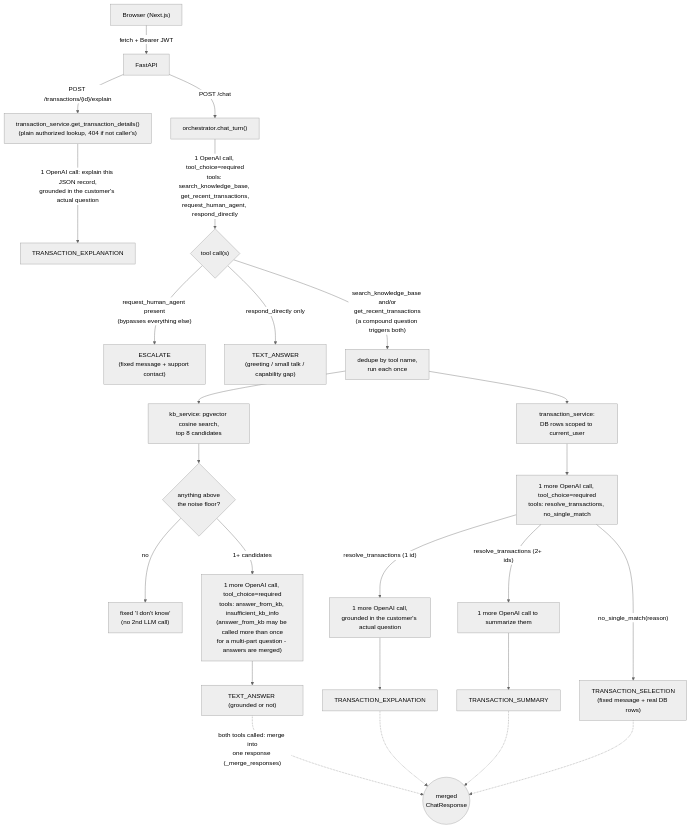
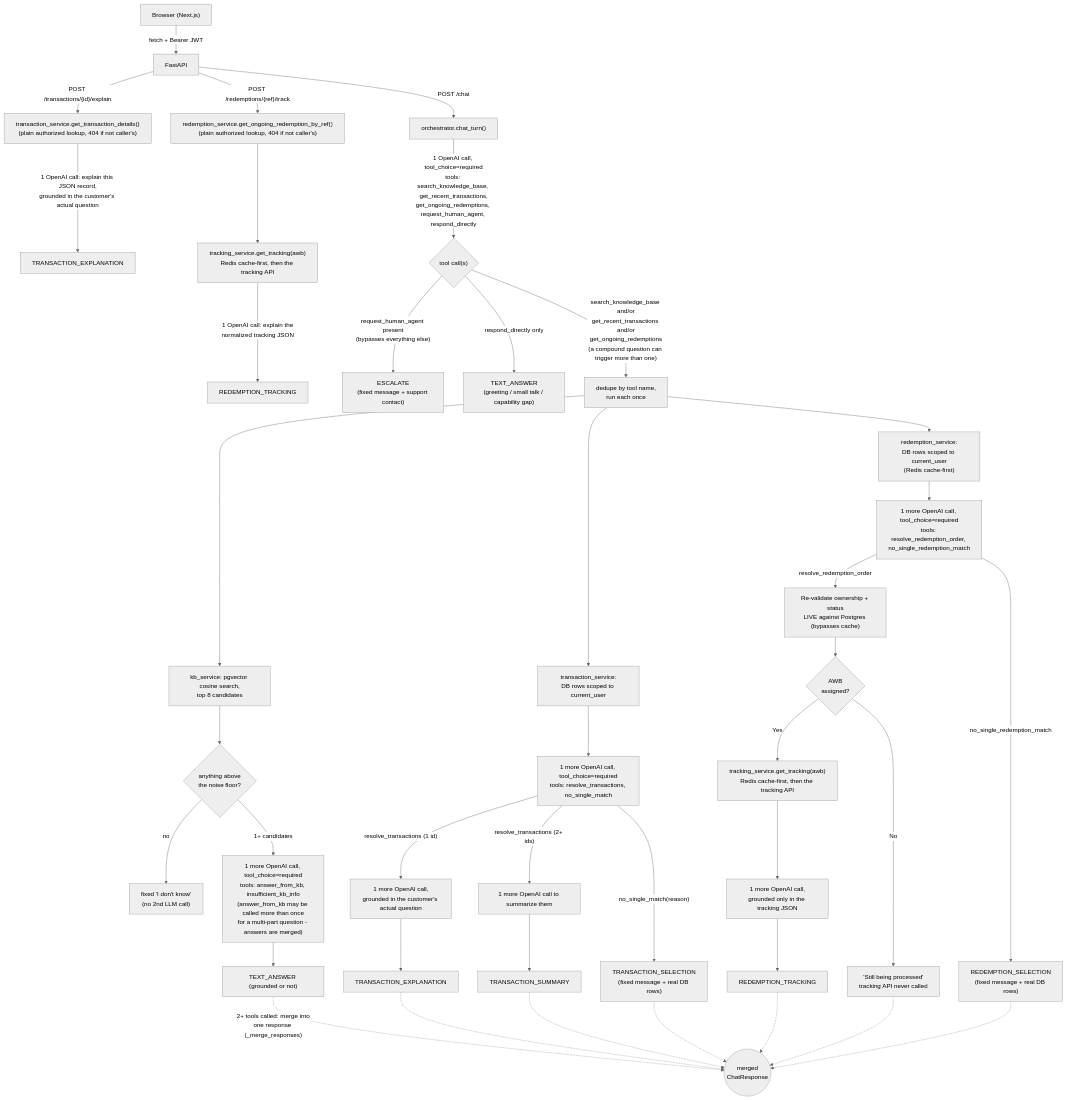
Before and after one commit to esakkiraja100116/ai-support-assistant: the diagram in README.md, drawn with Mermaid (neutral theme). The commit also changed other lines of this file and 3 other files, not shown here.

````diff
--- a/README.md
+++ b/README.md
@@ -46,33 +50,49 @@
 ```mermaid
 flowchart TD
     Browser["Browser (Next.js)"] -->|"fetch + Bearer JWT"| FastAPI
 
     FastAPI -->|"POST /chat"| ChatTurn["orchestrator.chat_turn()"]
     FastAPI -->|"POST /transactions/{id}/explain"| GetTxn["transaction_service.get_transaction_details()<br/>(plain authorized lookup, 404 if not caller's)"]
     GetTxn -->|"1 OpenAI call: explain this JSON record,<br/>grounded in the customer's actual question"| TxnExplainDirect["TRANSACTION_EXPLANATION"]
+    FastAPI -->|"POST /redemptions/{ref}/track"| GetOrder["redemption_service.get_ongoing_redemption_by_ref()<br/>(plain authorized lookup, 404 if not caller's)"]
+    GetOrder --> TrackDirect["tracking_service.get_tracking(awb)<br/>Redis cache-first, then the tracking API"]
+    TrackDirect -->|"1 OpenAI call: explain the<br/>normalized tracking JSON"| RedemptionExplainDirect["REDEMPTION_TRACKING"]
 
-    ChatTurn -->|"1 OpenAI call, tool_choice=required<br/>tools: search_knowledge_base, get_recent_transactions,<br/>request_human_agent, respond_directly"| Route{"tool call(s)"}
+    ChatTurn -->|"1 OpenAI call, tool_choice=required<br/>tools: search_knowledge_base, get_recent_transactions,<br/>get_ongoing_redemptions, request_human_agent, respond_directly"| Route{"tool call(s)"}
 
     Route -->|"request_human_agent present<br/>(bypasses everything else)"| Escalate["ESCALATE<br/>(fixed message + support contact)"]
     Route -->|"respond_directly only"| SmallTalk["TEXT_ANSWER<br/>(greeting / small talk / capability gap)"]
-    Route -->|"search_knowledge_base and/or<br/>get_recent_transactions<br/>(a compound question triggers both)"| Dispatch["dedupe by tool name,<br/>run each once"]
+    Route -->|"search_knowledge_base and/or<br/>get_recent_transactions and/or<br/>get_ongoing_redemptions<br/>(a compound question can trigger more than one)"| Dispatch["dedupe by tool name,<br/>run each once"]
 
     Dispatch --> KbSearch["kb_service: pgvector cosine search,<br/>top 8 candidates"]
     KbSearch --> KbFloor{"anything above<br/>the noise floor?"}
     KbFloor -->|"no"| NoInfo["fixed 'I don't know'<br/>(no 2nd LLM call)"]
     KbFloor -->|"1+ candidates"| KbJudge["1 more OpenAI call, tool_choice=required<br/>tools: answer_from_kb, insufficient_kb_info<br/>(answer_from_kb may be called more than once<br/>for a multi-part question - answers are merged)"]
     KbJudge --> KbResult["TEXT_ANSWER (grounded or not)"]
 
     Dispatch --> GetRecent["transaction_service:<br/>DB rows scoped to current_user"]
     GetRecent --> Resolve["1 more OpenAI call, tool_choice=required<br/>tools: resolve_transactions, no_single_match"]
     Resolve -->|"resolve_transactions (1 id)"| ExplainOne["1 more OpenAI call,<br/>grounded in the customer's actual question"]
     ExplainOne --> TxnExplain["TRANSACTION_EXPLANATION"]
     Resolve -->|"resolve_transactions (2+ ids)"| ExplainMany["1 more OpenAI call to summarize them"]
     ExplainMany --> TxnSummary["TRANSACTION_SUMMARY"]
     Resolve -->|"no_single_match(reason)"| Selection["TRANSACTION_SELECTION<br/>(fixed message + real DB rows)"]
 
-    KbResult -.->|"both tools called: merge into<br/>one response (_merge_responses)"| Merge(("merged<br/>ChatResponse"))
+    Dispatch --> GetOngoing["redemption_service:<br/>DB rows scoped to current_user<br/>(Redis cache-first)"]
+    GetOngoing --> RedemptionResolve["1 more OpenAI call, tool_choice=required<br/>tools: resolve_redemption_order, no_single_redemption_match"]
+    RedemptionResolve -->|"resolve_redemption_order"| Revalidate["Re-validate ownership + status<br/>LIVE against Postgres (bypasses cache)"]
+    Revalidate --> AwbCheck{"AWB<br/>assigned?"}
+    AwbCheck -->|No| NoAwb["'Still being processed'<br/>tracking API never called"]
+    AwbCheck -->|Yes| TrackLookup["tracking_service.get_tracking(awb)<br/>Redis cache-first, then the tracking API"]
+    TrackLookup --> RedemptionExplain["1 more OpenAI call,<br/>grounded only in the tracking JSON"]
+    RedemptionExplain --> RedemptionResult["REDEMPTION_TRACKING"]
+    RedemptionResolve -->|"no_single_redemption_match"| RedemptionSelection["REDEMPTION_SELECTION<br/>(fixed message + real DB rows)"]
+
+    KbResult -.->|"2+ tools called: merge into<br/>one response (_merge_responses)"| Merge(("merged<br/>ChatResponse"))
     TxnExplain -.-> Merge
     TxnSummary -.-> Merge
     Selection -.-> Merge
+    RedemptionResult -.-> Merge
+    NoAwb -.-> Merge
+    RedemptionSelection -.-> Merge
 ```
````
